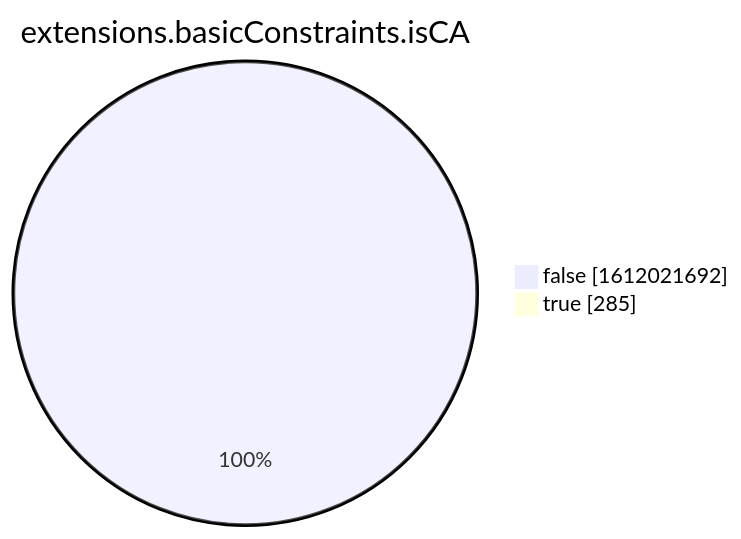
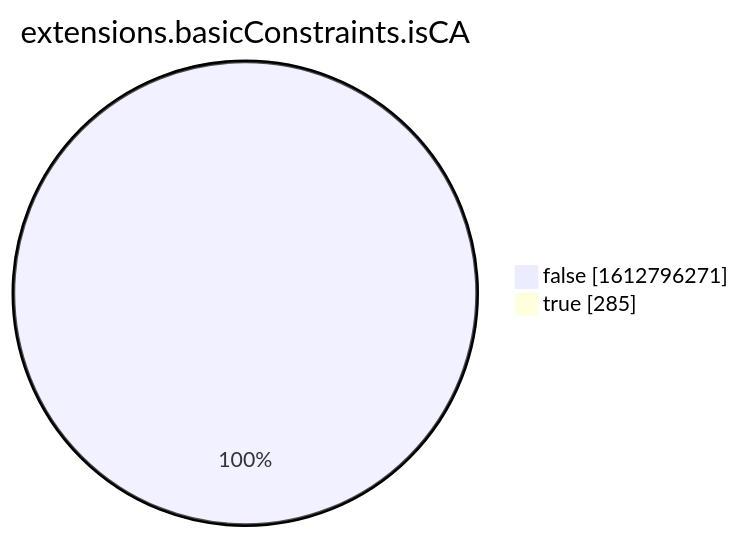
Before and after one commit to christiankrug/ctmonitor_visualization: the eighth of 15 diagrams in xenon2022/README.md, drawn with Mermaid. The commit also changed other lines of this file, not shown here.

````diff
--- a/xenon2022/README.md
+++ b/xenon2022/README.md
@@ -2863,6 +2863,6 @@
 ```mermaid
 pie showData
 title extensions.basicConstraints.isCA
-"false" :1612021692
+"false" :1612796271
 "true" :285
 ```
````
